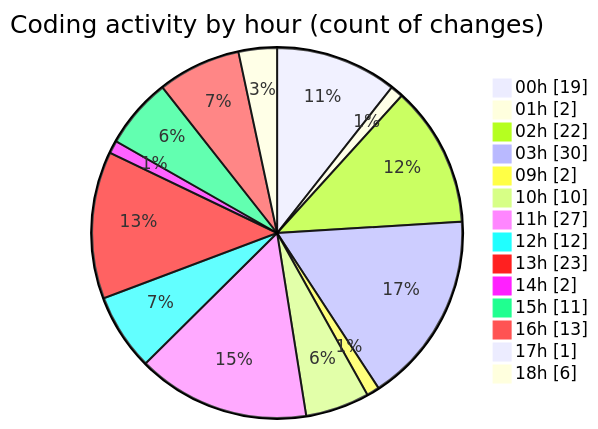
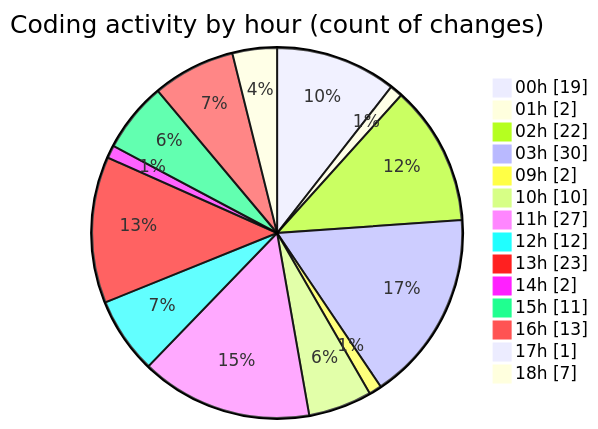
One commit to julien-gomy/code-tracking changed the second of 2 diagrams in 2025-10-21/eventscop-frontend-guide__workspace_/README.md. Above: the diagram before and after it, drawn with Mermaid. The commit also changed other lines of this file and 1 other file, not shown here.

````diff
--- a/2025-10-21/eventscop-frontend-guide__workspace_/README.md
+++ b/2025-10-21/eventscop-frontend-guide__workspace_/README.md
@@ -63,18 +63,18 @@
 ```mermaid
 pie showData
 title Coding activity by hour (count of changes)
 "00h" : 19
 "01h" : 2
 "02h" : 22
 "03h" : 30
 "09h" : 2
 "10h" : 10
 "11h" : 27
 "12h" : 12
 "13h" : 23
 "14h" : 2
 "15h" : 11
 "16h" : 13
 "17h" : 1
-"18h" : 6
+"18h" : 7
 ```
````
